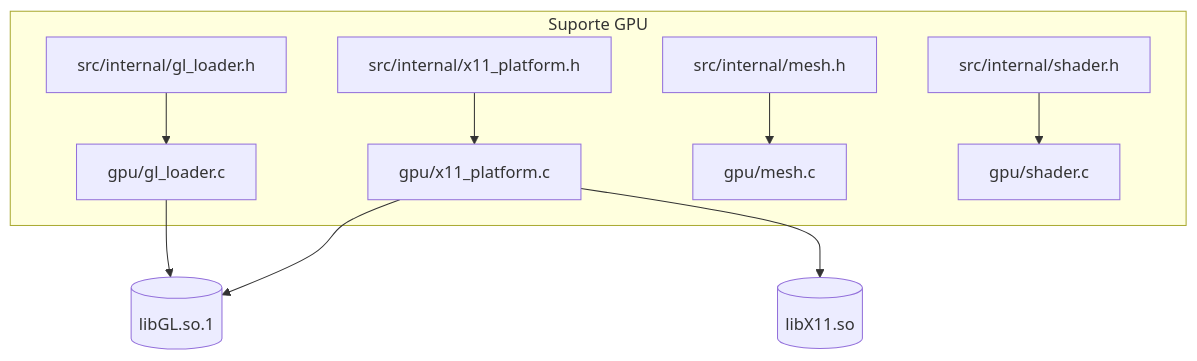
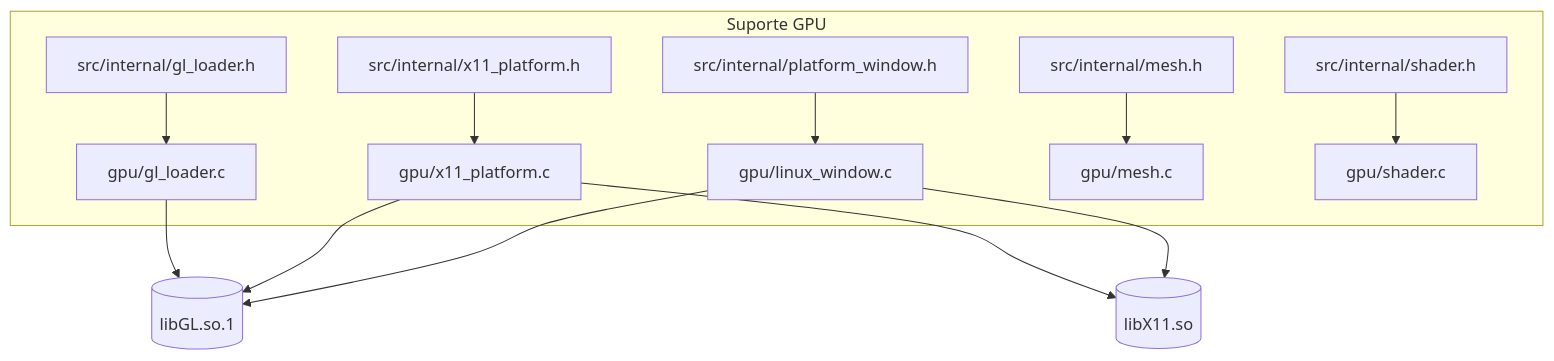
The fourth of 4 diagrams in README.md (Gabryel-lima/gfx), drawn with Mermaid before and after one commit. The commit also changed other lines of this file and 13 other files, not shown here.

First line of the commit message:
feat: Implement Linux window backend with GLX support

````diff
--- a/README.md
+++ b/README.md
@@ -132,22 +132,26 @@
 ```mermaid
 flowchart TD
   subgraph GPU["Suporte GPU"]
     glapi[src/internal/gl_loader.h]
     x11api[src/internal/x11_platform.h]
+    windowapi[src/internal/platform_window.h]
     meshapi[src/internal/mesh.h]
     shaderapi[src/internal/shader.h]
     glimpl[gpu/gl_loader.c]
     x11impl[gpu/x11_platform.c]
+    windowimpl[gpu/linux_window.c]
     meshimpl[gpu/mesh.c]
     shaderimpl[gpu/shader.c]
   end
 
   libgl[(libGL.so.1)]
   libx11[(libX11.so)]
 
   glapi --> glimpl --> libgl
   x11api --> x11impl --> libx11
   x11impl --> libgl
+  windowapi --> windowimpl --> libx11
+  windowimpl --> libgl
   meshapi --> meshimpl
   shaderapi --> shaderimpl
 ```
````
